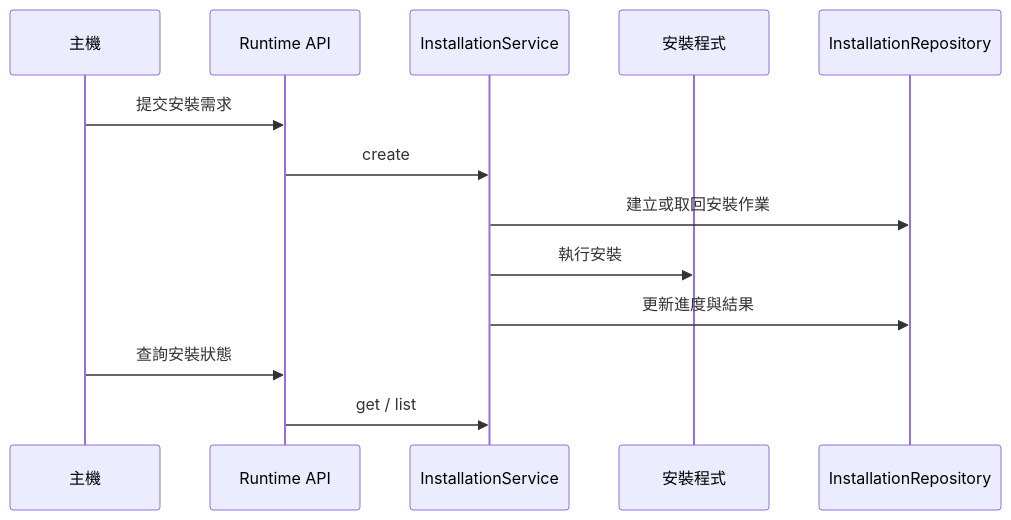
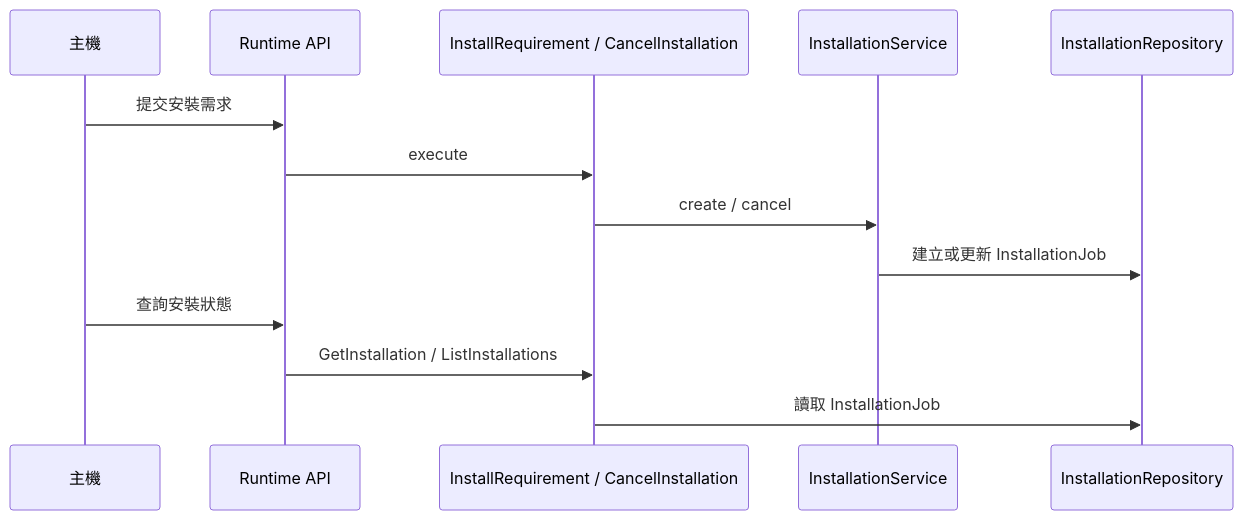
The second of 2 diagrams in docs/domain/provisioning.md (gx-capture/capture-workbench), drawn with Mermaid before and after one commit. The commit also changed other lines of this file and 16 other files, not shown here.

````diff
--- a/docs/domain/provisioning.md
+++ b/docs/domain/provisioning.md
@@ -24,15 +55,15 @@
 ```mermaid
 sequenceDiagram
   participant Host as 主機
   participant API as Runtime API
+  participant UseCase as InstallRequirement / CancelInstallation
   participant Service as InstallationService
-  participant Installer as 安裝程式
   participant Repo as InstallationRepository
   Host->>API: 提交安裝需求
-  API->>Service: create
-  Service->>Repo: 建立或取回安裝作業
-  Service->>Installer: 執行安裝
-  Service->>Repo: 更新進度與結果
+  API->>UseCase: execute
+  UseCase->>Service: create / cancel
+  Service->>Repo: 建立或更新 InstallationJob
   Host->>API: 查詢安裝狀態
-  API->>Service: get / list
+  API->>UseCase: GetInstallation / ListInstallations
+  UseCase->>Repo: 讀取 InstallationJob
 ```
````
